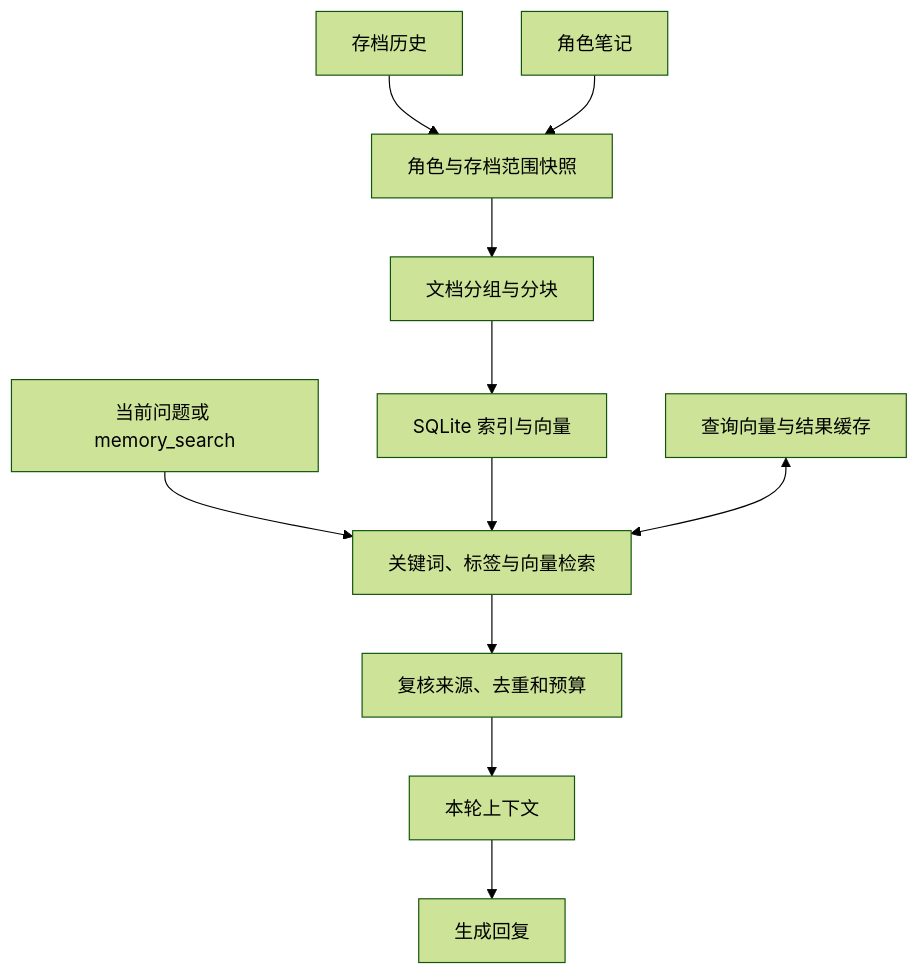
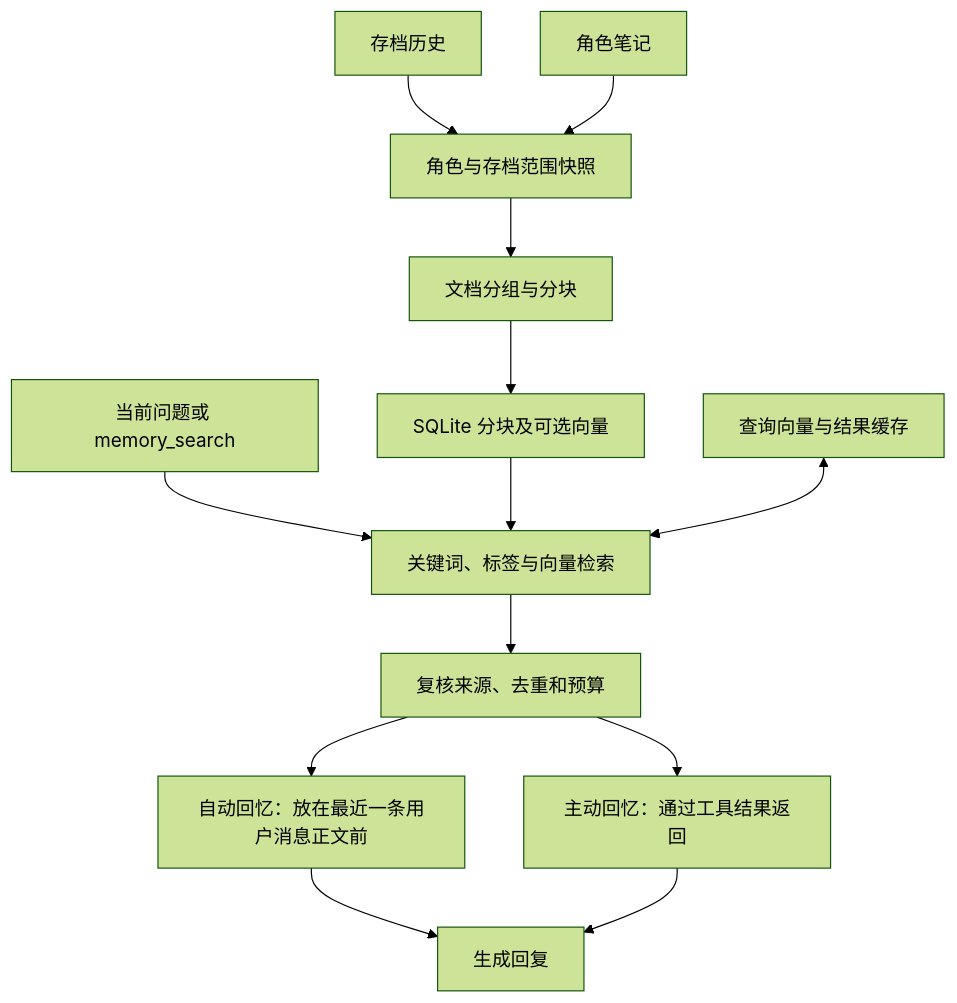
Before and after one commit to SlimeBoyOwO/LingChat: the diagram in docs/聊天记忆与检索设计.md, drawn with Mermaid (forest theme). The commit also changed other lines of this file and 14 other files, not shown here.

````diff
--- a/docs/聊天记忆与检索设计.md
+++ b/docs/聊天记忆与检索设计.md
@@ -13,13 +13,15 @@
 ```mermaid
 flowchart TD
     History[存档历史] --> Scope[角色与存档范围快照]
     Notes[角色笔记] --> Scope
     Scope --> Index[文档分组与分块]
-    Index --> DB[SQLite 索引与向量]
+    Index --> DB[SQLite 分块及可选向量]
     Query[当前问题或 memory_search] --> Search[关键词、标签与向量检索]
     DB --> Search
     Cache[查询向量与结果缓存] <--> Search
     Search --> Verify[复核来源、去重和预算]
-    Verify --> Context[本轮上下文]
-    Context --> Reply[生成回复]
+    Verify --> Auto[自动回忆：放在最近一条用户消息正文前]
+    Verify --> Tool[主动回忆：通过工具结果返回]
+    Auto --> Reply[生成回复]
+    Tool --> Reply
 ```
````
